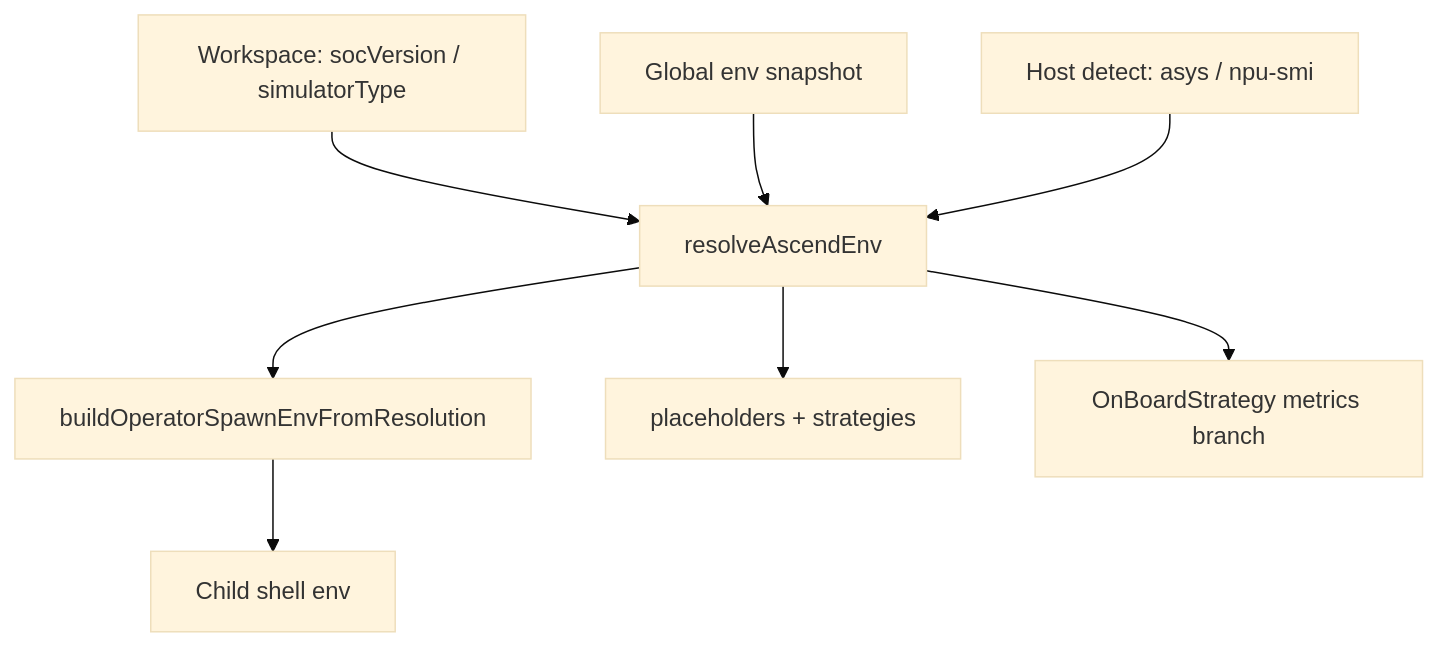
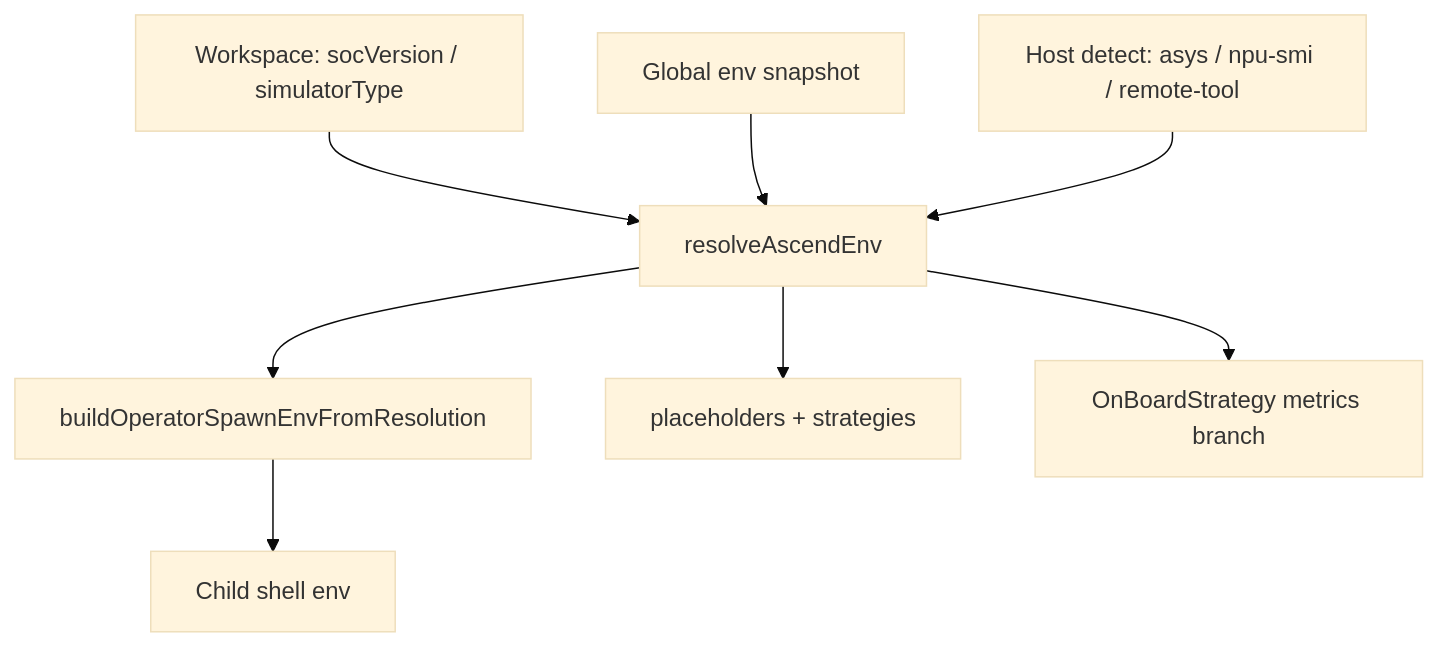
The diagram in docs/review-a3-a5-environment-support.md (IdeFrontend/opdev_plugin), drawn with Mermaid (base theme) before and after one commit. The commit also changed other lines of this file and 287 other files, not shown here.

````diff
--- a/docs/review-a3-a5-environment-support.md
+++ b/docs/review-a3-a5-environment-support.md
@@ -157,18 +153,18 @@
 ```mermaid
 flowchart TD
   WS[Workspace: socVersion / simulatorType]
   GE[Global env snapshot]
-  DET[Host detect: asys / npu-smi]
+  DET[Host detect: asys / npu-smi / remote-tool]
   RES[resolveAscendEnv]
   SPAWN[buildOperatorSpawnEnvFromResolution]
   PH[placeholders + strategies]
   PROF[OnBoardStrategy metrics branch]
 
   WS --> RES
   GE --> RES
   DET --> RES
   RES --> SPAWN
   RES --> PH
   RES --> PROF
   SPAWN --> Child[Child shell env]
 ```
````
